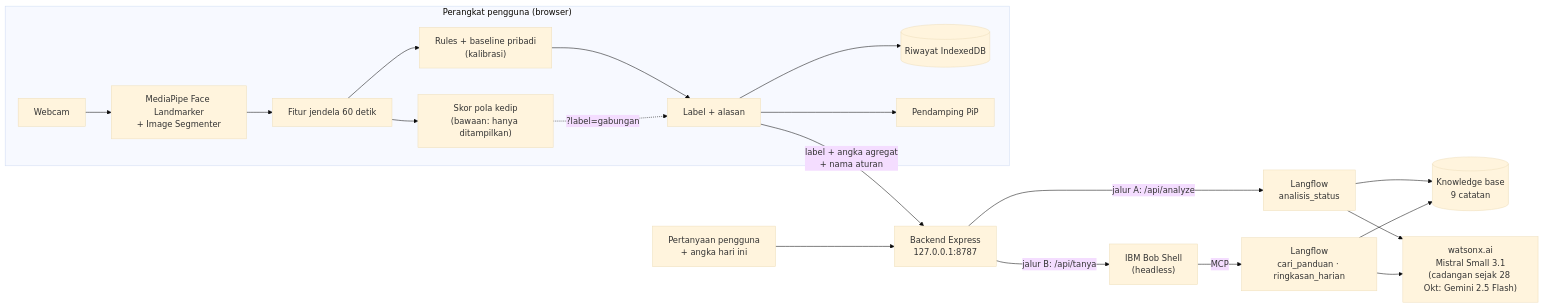
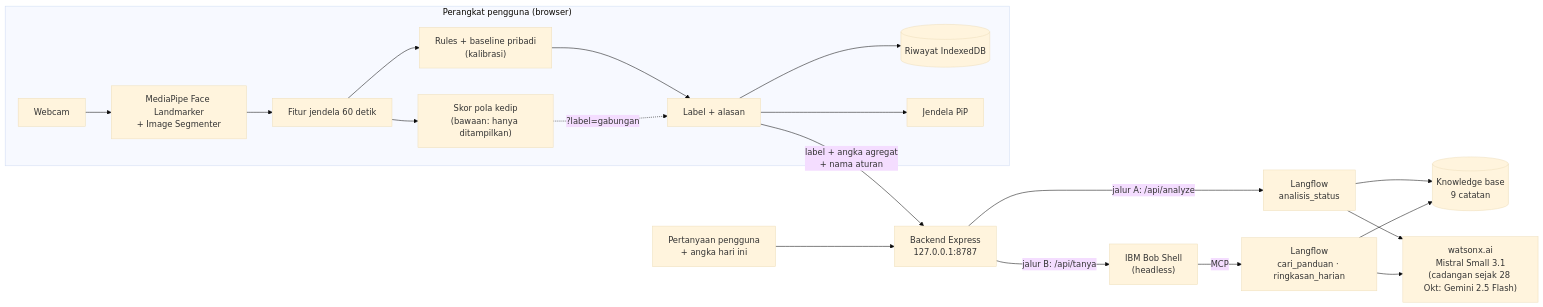
The diagram in README.md (yayangacor/Equilibre), drawn with Mermaid (base theme) before and after one commit. The commit also changed other lines of this file, not shown here.

````diff
--- a/README.md
+++ b/README.md
@@ -21,22 +22,22 @@
 ```mermaid
 flowchart LR
   subgraph device["Perangkat pengguna (browser)"]
     cam["Webcam"] --> mp["MediaPipe Face Landmarker<br/>+ Image Segmenter"]
     mp --> feat["Fitur jendela 60 detik"]
     feat --> rules["Rules + baseline pribadi<br/>(kalibrasi)"]
     rules --> label["Label + alasan"]
     feat --> blink["Skor pola kedip<br/>(bawaan: hanya ditampilkan)"]
     blink -. "?label=gabungan" .-> label
     label --> db[("Riwayat IndexedDB")]
-    label --> pip["Pendamping PiP"]
+    label --> pip["Jendela PiP"]
   end
   label -- "label + angka agregat<br/>+ nama aturan" --> api["Backend Express<br/>127.0.0.1:8787"]
   ask["Pertanyaan pengguna<br/>+ angka hari ini"] --> api
   api -- "jalur A: /api/analyze" --> fa["Langflow<br/>analisis_status"]
   api -- "jalur B: /api/tanya" --> bob["IBM Bob Shell<br/>(headless)"]
   bob -- "MCP" --> fb["Langflow<br/>cari_panduan · ringkasan_harian"]
   fa --> kb[("Knowledge base<br/>9 catatan")]
   fb --> kb
   fa --> llm["watsonx.ai<br/>Mistral Small 3.1<br/>(cadangan sejak 28 Okt: Gemini 2.5 Flash)"]
   fb --> llm
 ```
````
